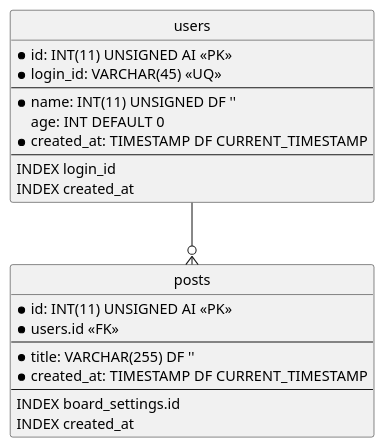
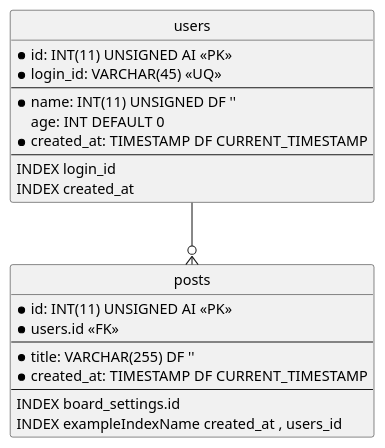
Before and after one commit to song9063/plant-to-sql: the diagram in example.plantuml, drawn with PlantUML. The commit also changed 4 other files, not shown here.

Commit message:
Optional index name

```diff
--- a/example.plantuml
+++ b/example.plantuml
@@ -1,56 +1,56 @@
 @startuml
 ' https://plantuml.com/en/ie-diagram
 
 hide circle
 skinparam linetype otrho
 
 entity "users" as u {
     *id: INT(11) UNSIGNED AI <<PK>>
     *login_id: VARCHAR(45) <<UQ>>
     --
     *name: INT(11) UNSIGNED DF ''
     age: INT DEFAULT 0
     *created_at: TIMESTAMP DF CURRENT_TIMESTAMP
     --
     INDEX login_id
     INDEX created_at
 }
 
 entity "posts" as p {
     *id: INT(11) UNSIGNED AI <<PK>>
     *users.id <<FK>>
     --
     *title: VARCHAR(255) DF ''
     *created_at: TIMESTAMP DF CURRENT_TIMESTAMP
     --
     INDEX board_settings.id
-    INDEX created_at
+    INDEX exampleIndexName created_at , users_id
 }
 
 ' CREATE TABLE IF NOT EXISTS `mydb`.`users`(
 ' 	`id` INT(11) UNSIGNED NOT NULL AUTO_INCREMENT,
 ' 	`login_id` VARCHAR(45) NOT NULL,
 ' 	`name` INT(11) UNSIGNED NOT NULL DEFAULT '',
 ' 	`age` INT NULL DEFAULT 0,
 ' 	`created_at` TIMESTAMP NOT NULL DEFAULT CURRENT_TIMESTAMP,
 ' 	PRIMARY KEY (`id`),
 ' 	UNIQUE INDEX `UQ_users_login_id` (`login_id` ASC),
 ' 	INDEX `INDEX_users_login_id` (`login_id`),
 ' 	INDEX `INDEX_users_created_at` (`created_at`)
 ' )ENGINE=InnoDB DEFAULT CHARSET=utf8mb4 COLLATE utf8mb4_unicode_ci ;
 ' 
 ' CREATE TABLE IF NOT EXISTS `mydb`.`posts`(
 ' 	`id` INT(11) UNSIGNED NOT NULL AUTO_INCREMENT,
 ' 	`title` VARCHAR(255) NOT NULL DEFAULT '',
 ' 	`created_at` TIMESTAMP NOT NULL DEFAULT CURRENT_TIMESTAMP,
 ' 	`users_id` INT(11) UNSIGNED NOT NULL,
 ' 	PRIMARY KEY (`id`),
 ' 	INDEX `INDEX_posts_board_settings.id` (`board_settings_id`),
 ' 	INDEX `INDEX_posts_created_at` (`created_at`),
 ' 	CONSTRAINT `FK_posts_users_id`
 ' 		FOREIGN KEY (`users_id`)
 ' 		REFERENCES `mydb`.`users` (`id`)
 ' )ENGINE=InnoDB DEFAULT CHARSET=utf8mb4 COLLATE utf8mb4_unicode_ci ;
 
 u --o{ p
 @enduml
```
